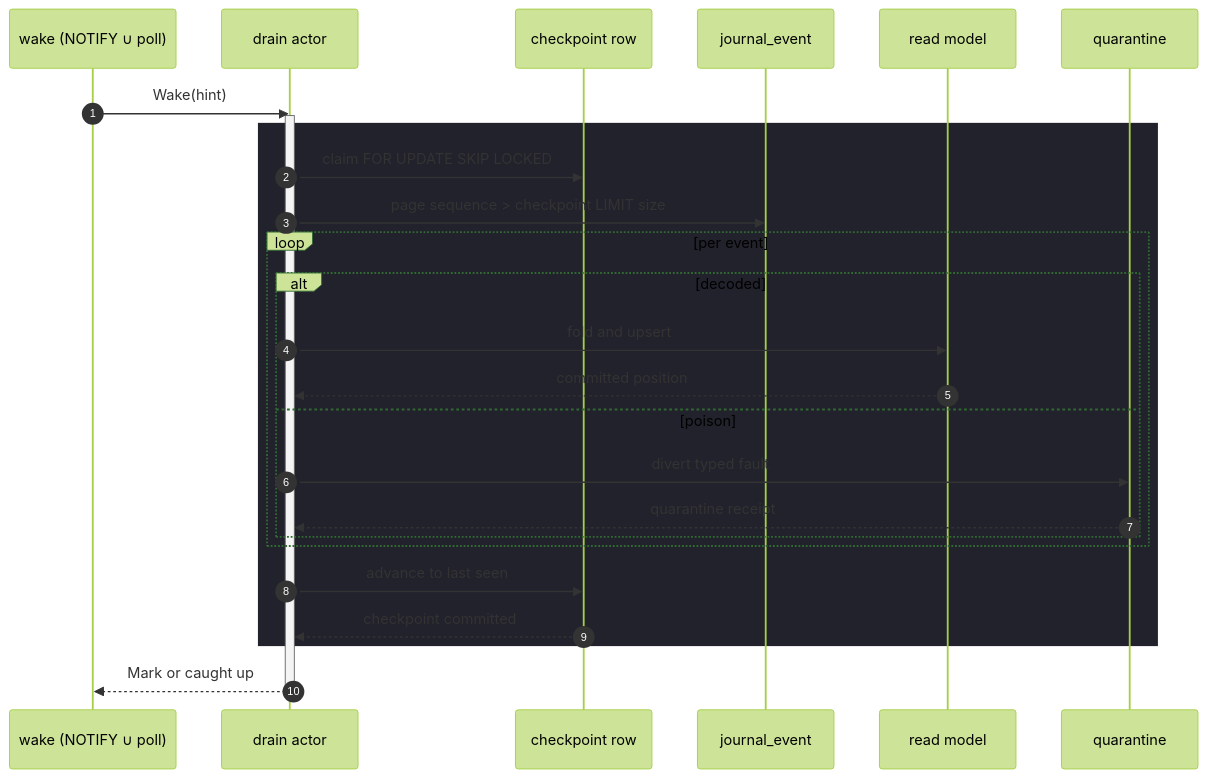
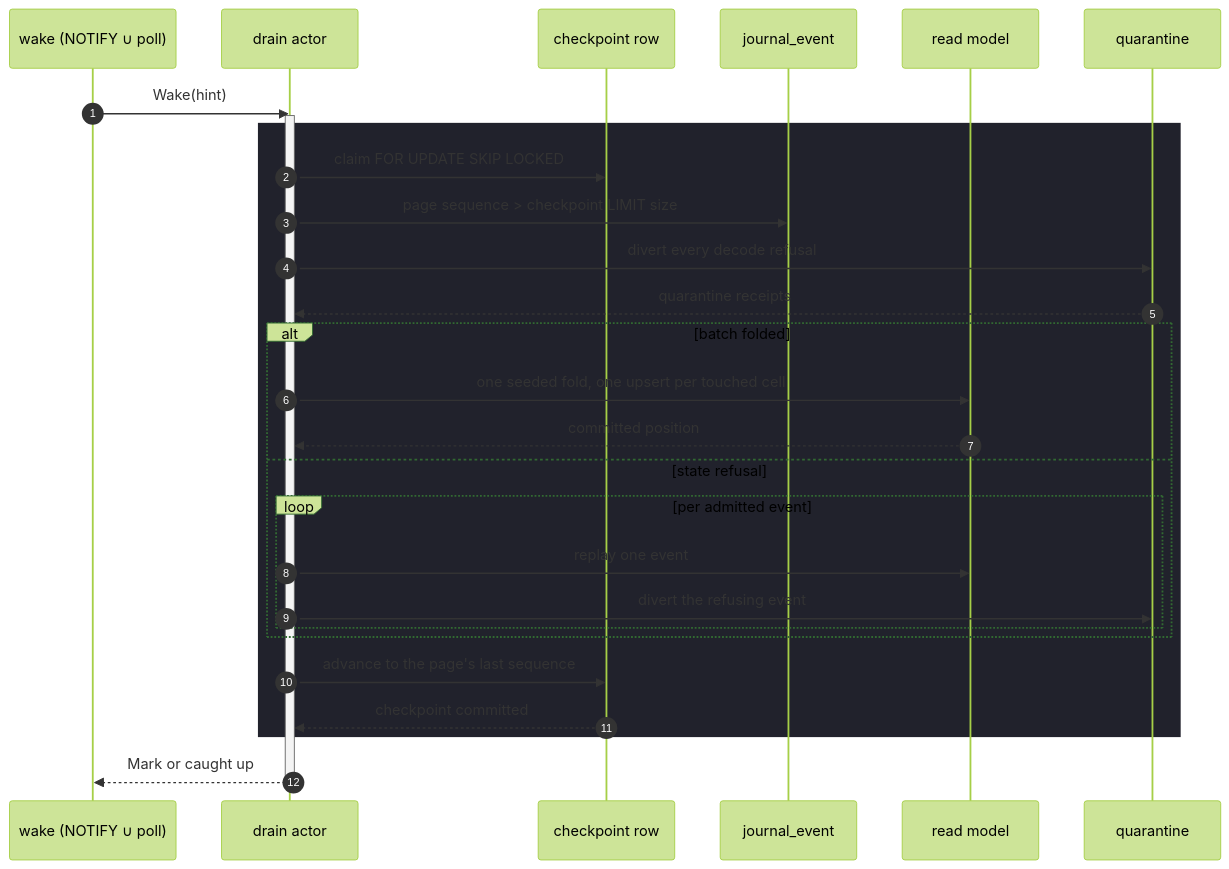
Before and after one commit to bsamiee/Rasm: the diagram in libs/typescript/data/.planning/read/fold.md, drawn with Mermaid (forest theme). The commit also changed other lines of this file and 693 other files, not shown here.

````diff
--- a/libs/typescript/data/.planning/read/fold.md
+++ b/libs/typescript/data/.planning/read/fold.md
@@ -186,31 +193,33 @@
 ```mermaid conceptual
 sequenceDiagram
   accTitle: Projection drain transaction
   accDescr: A wake drives one claimed journal page through fold, quarantine, and checkpoint advancement.
   autonumber
   participant W as wake (NOTIFY ∪ poll)
   participant A as drain actor
   participant C as checkpoint row
   participant J as journal_event
   participant M as read model
   participant Q as quarantine
   W->>A: Wake(hint)
   activate A
   rect rgb(33, 34, 44)
     A->>C: claim FOR UPDATE SKIP LOCKED
     A->>J: page sequence > checkpoint LIMIT size
-    loop per event
-      alt decoded
-        A->>M: fold and upsert
-        M-->>A: committed position
-      else poison
-        A->>Q: divert typed fault
-        Q-->>A: quarantine receipt
+    A->>Q: divert every decode refusal
+    Q-->>A: quarantine receipts
+    alt batch folded
+      A->>M: one seeded fold, one upsert per touched cell
+      M-->>A: committed position
+    else state refusal
+      loop per admitted event
+        A->>M: replay one event
+        A->>Q: divert the refusing event
       end
     end
-    A->>C: advance to last seen
+    A->>C: advance to the page's last sequence
     C-->>A: checkpoint committed
   end
   A-->>W: Mark or caught up
   deactivate A
 ```
````
